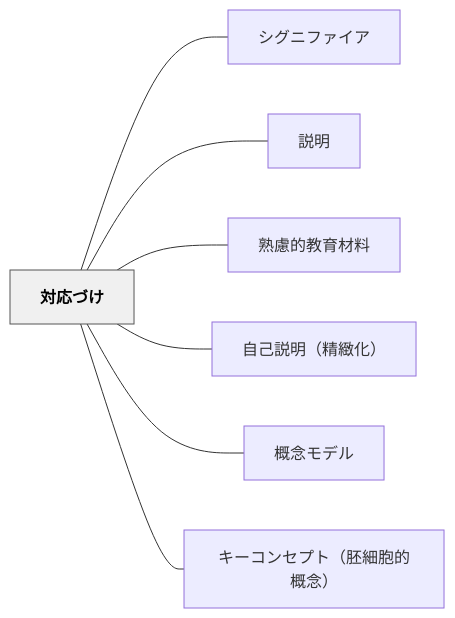
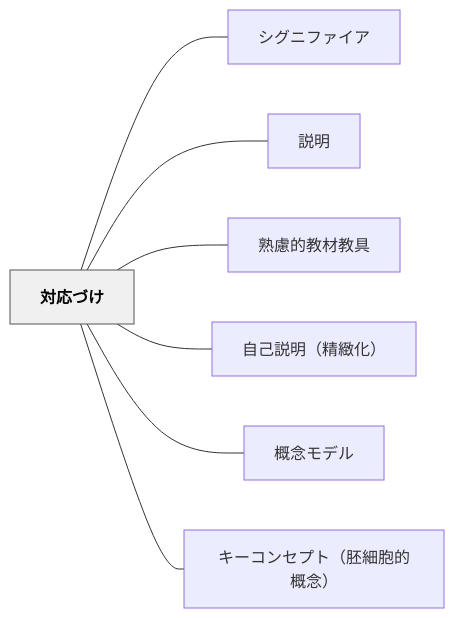
Before and after one commit to unknownthings-ed-patterns/unknownthings-ed-patterns: the diagram in content/パタン/対応づけ.md, drawn with Mermaid. The commit also changed 72 other files, not shown here.

````diff
--- a/content/パタン/対応づけ.md
+++ b/content/パタン/対応づけ.md
@@ -47,20 +47,20 @@
 ```mermaid
 flowchart LR
     ne5afbee5bf9ce381a5e38191["対応づけ"]
     ne382b7e382b0e3838be38395e382a1e382a4e382a2["シグニファイア"]
     ne8aaace6988e["説明"]
-    ne7869fe685aee79a84e69599e882b2e69d90e69699["熟慮的教育材料"]
+    ne7869fe685aee79a84e69599e69d90e69599e585b7["熟慮的教材教具"]
     ne887aae5b7b1e8aaace6988eefbc88e7b2bee7b7bbe58c96efbc89["自己説明（精緻化）"]
     ne6a682e5bfb5e383a2e38387e383ab["概念モデル"]
     ne382ade383bce382b3e383b3e382bbe38397e38388efbc88e8839ae7b4b0e8839ee79a84e6a682e5bfb5efbc89["キーコンセプト（胚細胞的概念）"]
 
     ne5afbee5bf9ce381a5e38191 --- ne382b7e382b0e3838be38395e382a1e382a4e382a2
     ne5afbee5bf9ce381a5e38191 --- ne8aaace6988e
-    ne5afbee5bf9ce381a5e38191 --- ne7869fe685aee79a84e69599e882b2e69d90e69699
+    ne5afbee5bf9ce381a5e38191 --- ne7869fe685aee79a84e69599e69d90e69599e585b7
     ne5afbee5bf9ce381a5e38191 --- ne887aae5b7b1e8aaace6988eefbc88e7b2bee7b7bbe58c96efbc89
     ne5afbee5bf9ce381a5e38191 --- ne6a682e5bfb5e383a2e38387e383ab
     ne5afbee5bf9ce381a5e38191 --- ne382ade383bce382b3e383b3e382bbe38397e38388efbc88e8839ae7b4b0e8839ee79a84e6a682e5bfb5efbc89
 
     classDef hub fill:#f0f0f0,stroke:#555,color:#000,font-weight:bold
     class ne5afbee5bf9ce381a5e38191 hub
 ```
````
